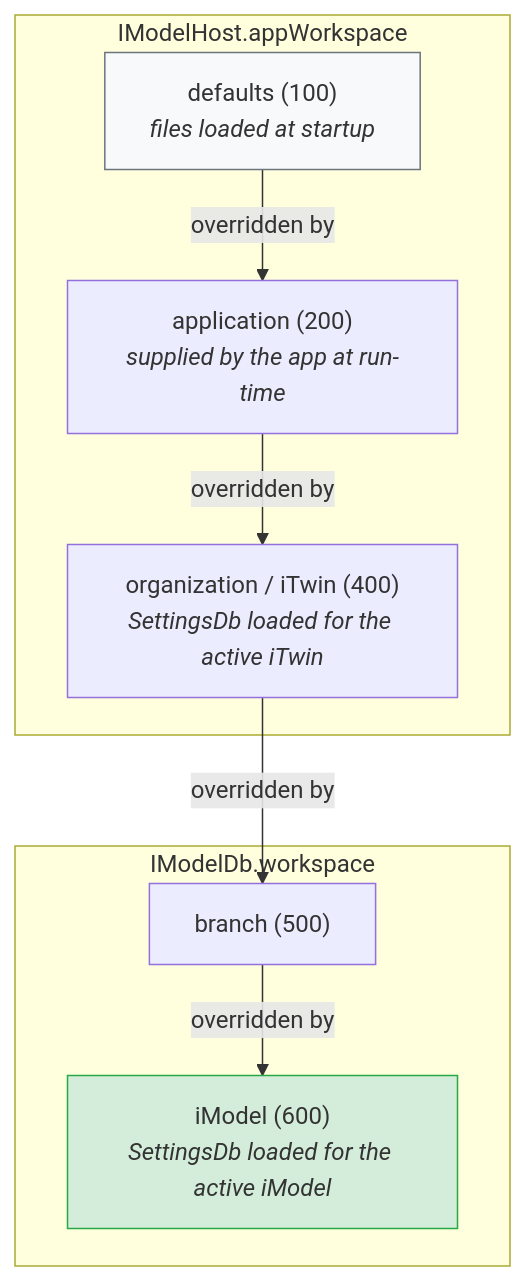
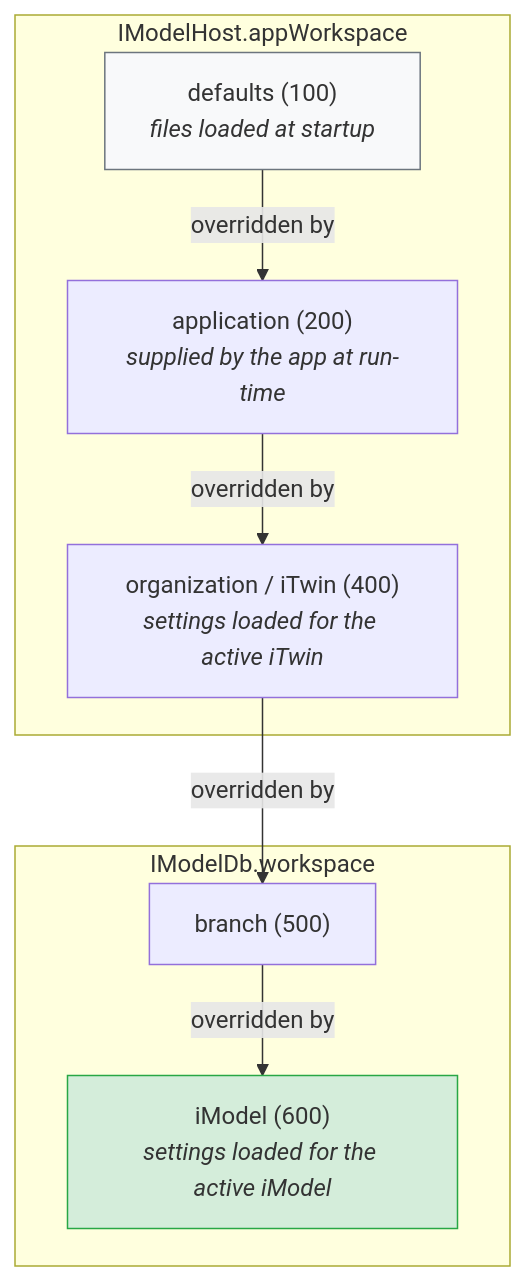
The first of 2 diagrams in docs/learning/backend/Settings.md (iTwin/itwinjs-core), drawn with Mermaid before and after one commit. The commit also changed other lines of this file and 3 other files, not shown here.

````diff
--- a/docs/learning/backend/Settings.md
+++ b/docs/learning/backend/Settings.md
@@ -119,21 +119,21 @@
 ```mermaid
 graph TD
     subgraph AppWorkspace["IModelHost.appWorkspace"]
         D["defaults (100)<br/><i>files loaded at startup</i>"]
         A["application (200)<br/><i>supplied by the app at run-time</i>"]
-        O["organization / iTwin (400)<br/><i>SettingsDb loaded for the active iTwin</i>"]
+        O["organization / iTwin (400)<br/><i>settings loaded for the active iTwin</i>"]
     end
 
     subgraph IModelWorkspace["IModelDb.workspace"]
         B["branch (500)"]
-        M["iModel (600)<br/><i>SettingsDb loaded for the active iModel</i>"]
+        M["iModel (600)<br/><i>settings loaded for the active iModel</i>"]
     end
 
     D -->|"overridden by"| A
     A -->|"overridden by"| O
     O -->|"overridden by"| B
     B -->|"overridden by"| M
 
     style M fill:#d4edda,stroke:#28a745
     style D fill:#f8f9fa,stroke:#6c757d
 ```
````
